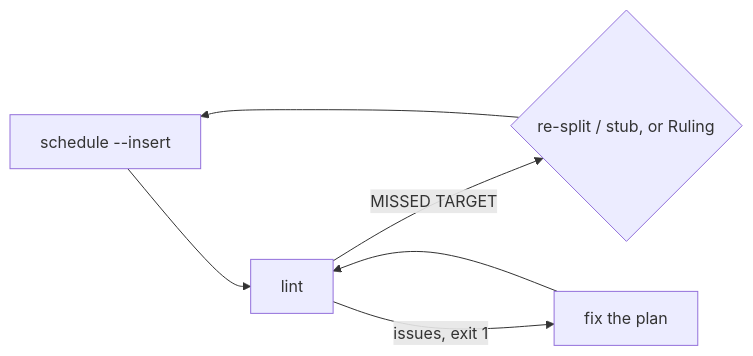
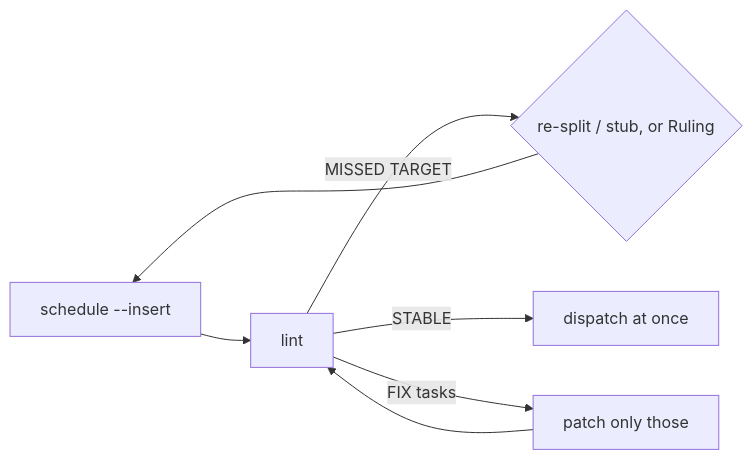
The second of 5 diagrams in skills/subagent-driven-development/SKILL.md (devcomfort/superlite), drawn with Mermaid before and after one commit. The commit also changed other lines of this file and 2 other files, not shown here.

First line of the commit message:
Docs: one size band and lint --stable flow in the skills

````diff
--- a/skills/subagent-driven-development/SKILL.md
+++ b/skills/subagent-driven-development/SKILL.md
@@ -36,7 +36,8 @@
 ```mermaid
 flowchart LR
   S[schedule --insert] --> L[lint]
   L -- MISSED TARGET --> R{re-split / stub, or Ruling}
   R --> S
-  L -- issues, exit 1 --> F[fix the plan] --> L
+  L -- STABLE --> D[dispatch at once]
+  L -- FIX tasks --> F[patch only those] --> L
 ```
````
